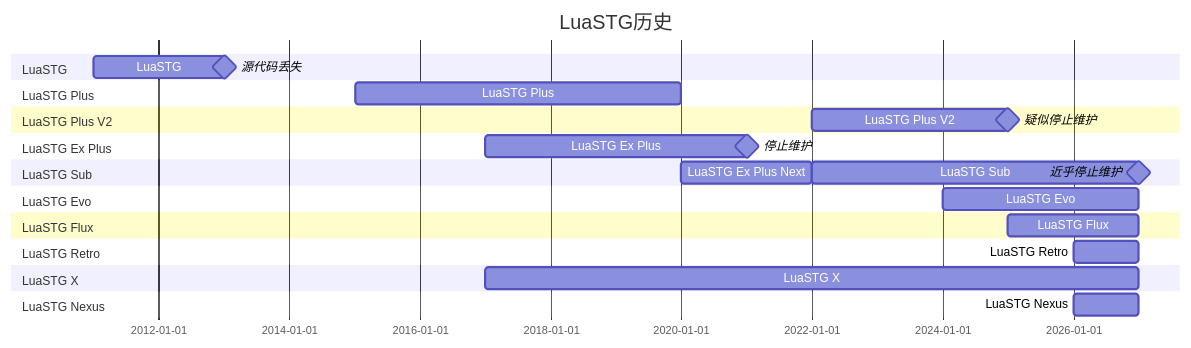
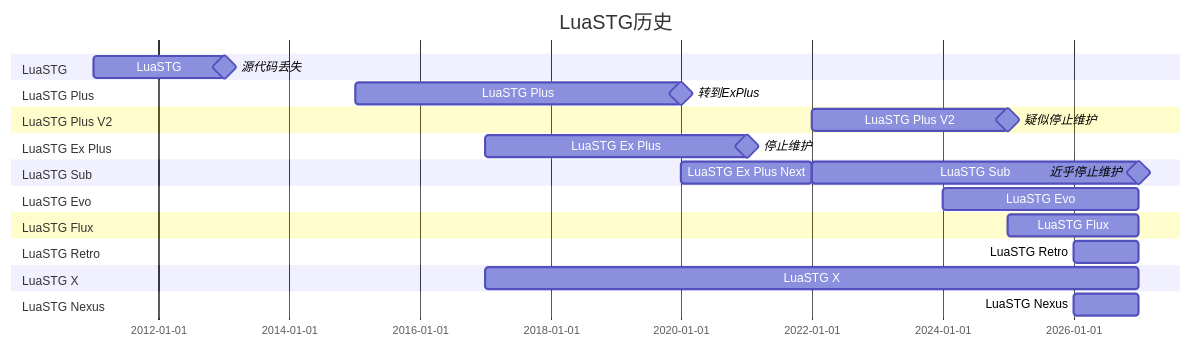
The diagram in README.md (FoxyBuddy/LuaSTG-Nex), drawn with Mermaid before and after one commit.

Commit message:
Add milestone for ExPlus in README

````diff
--- a/README.md
+++ b/README.md
@@ -5,33 +5,34 @@
 ```mermaid
 ---
 displayMode: compact
 ---
 gantt
     title LuaSTG历史
     dateFormat YYYY-MM-DD
     section LuaSTG
         LuaSTG: 2011-01-01, 2012-12-30
         源代码丢失 : milestone, 2012-12-31
     section LuaSTG Plus
         LuaSTG Plus: 2015-01-01, 2019-12-31
+       转到ExPlus : milestone, 2019-12-31
     section LuaSTG Plus V2
         LuaSTG Plus V2: 2022-01-01, 2024-12-31
         疑似停止维护 : milestone, 2024-12-31
     section LuaSTG Ex Plus
         LuaSTG Ex Plus: 2017-01-01, 2020-12-31
         停止维护 : milestone, 2020-12-31
     section LuaSTG Sub
         LuaSTG Ex Plus Next: 2020-01-01, 2021-12-31
         LuaSTG Sub: 2022-01-01, 2026-12-31
         近乎停止维护:milestone, 2026-12-31
     section LuaSTG Evo
         LuaSTG Evo: 2024-01-01, 2026-12-31
     section LuaSTG Flux
         LuaSTG Flux: 2025-01-01, 2026-12-31
     section LuaSTG Retro
         LuaSTG Retro: 2026-01-01, 2026-12-31
     section LuaSTG X
         LuaSTG X: 2017-01-01, 2026-12-31
     section LuaSTG Nexus
         LuaSTG Nexus: 2026-01-01, 2026-12-31
 ```
````
